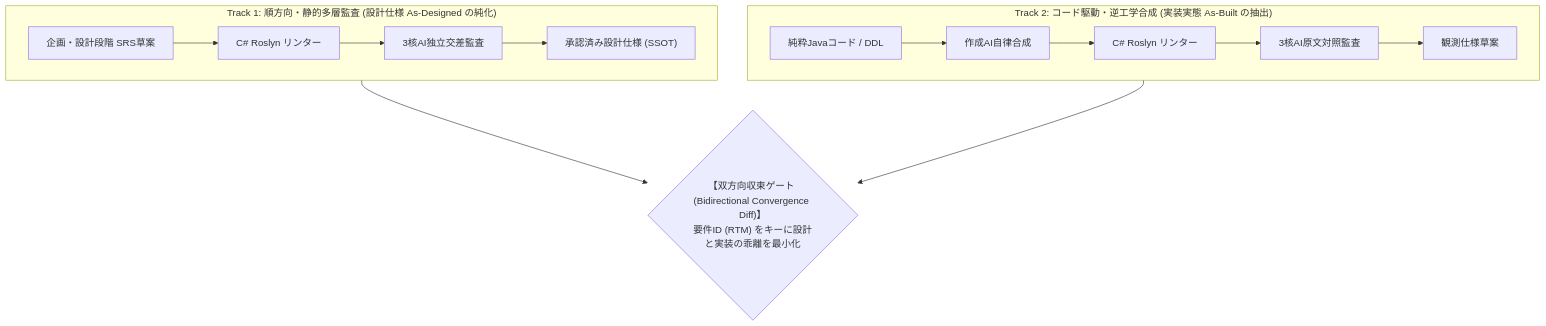
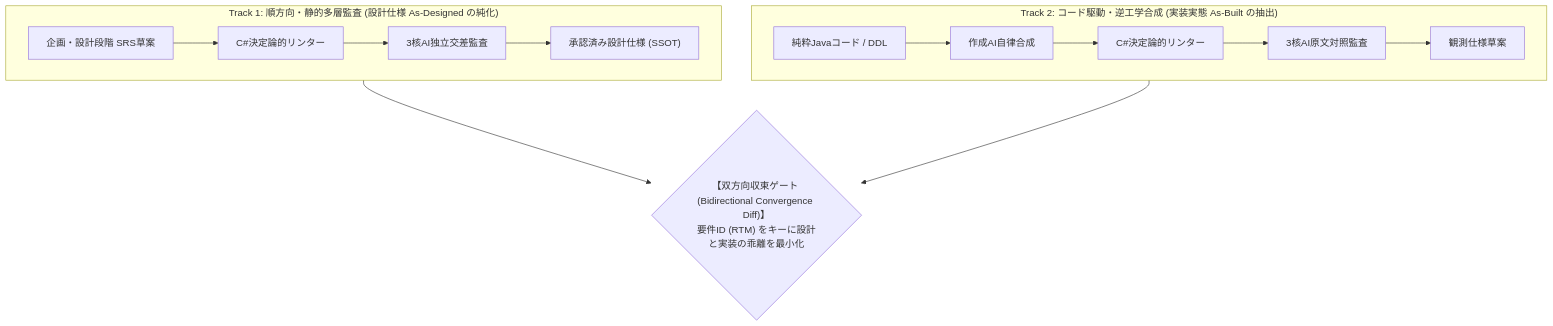
One commit to KBG183/Hybrid-srs-triad-auditor changed the first of 2 diagrams in README.md. Above: the diagram before and after it, drawn with Mermaid. The commit also changed other lines of this file and 7 other files, not shown here.

````diff
--- a/README.md
+++ b/README.md
@@ -43,15 +43,15 @@
 ```mermaid
 flowchart TD
     subgraph T1 ["Track 1: 順方向・静的多層監査 (設計仕様 As-Designed の純化)"]
         direction LR
-        A1["企画・設計段階 SRS草案"] --> B1["C# Roslyn リンター"] --> C1["3核AI独立交差監査"] --> D1["承認済み設計仕様 (SSOT)"]
+        A1["企画・設計段階 SRS草案"] --> B1["C#決定論的リンター"] --> C1["3核AI独立交差監査"] --> D1["承認済み設計仕様 (SSOT)"]
     end
 
     subgraph T2 ["Track 2: コード駆動・逆工学合成 (実装実態 As-Built の抽出)"]
         direction LR
-        A2["純粋Javaコード / DDL"] --> B2["作成AI自律合成"] --> C2["C# Roslyn リンター"] --> D2["3核AI原文対照監査"] --> E2["観測仕様草案"]
+        A2["純粋Javaコード / DDL"] --> B2["作成AI自律合成"] --> C2["C#決定論的リンター"] --> D2["3核AI原文対照監査"] --> E2["観測仕様草案"]
     end
 
     T1 --> GATE{"【双方向収束ゲート (Bidirectional Convergence Diff)】<br/>要件ID (RTM) をキーに設計と実装の乖離を最小化"}
     T2 --> GATE
 ```
````
